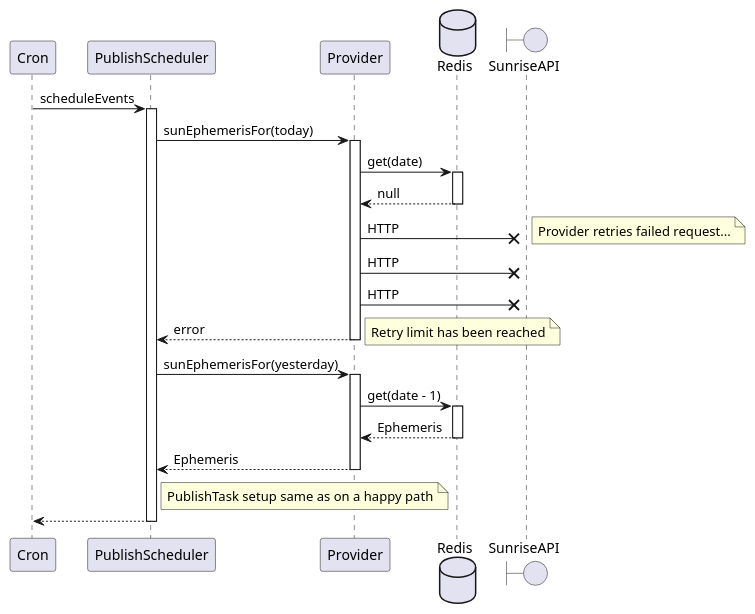
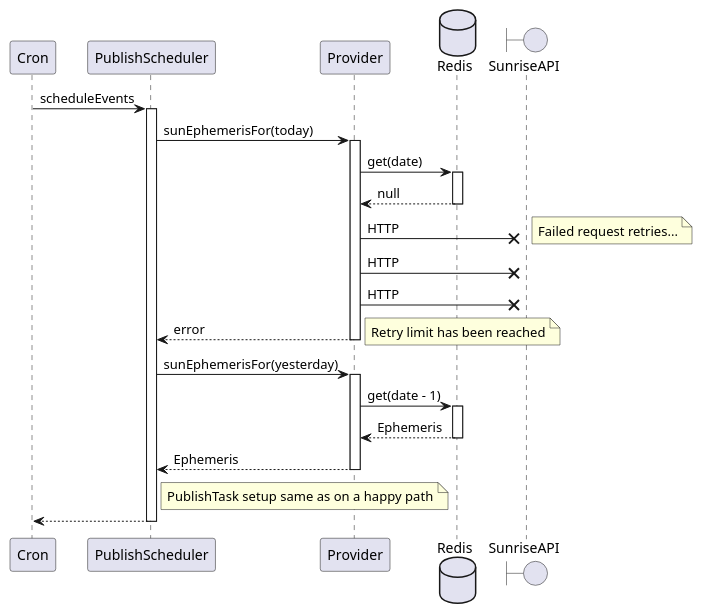
Before and after one commit to mwierzchowski/sun-ephemeris: the diagram in etc/seq-alternate.puml, drawn with PlantUML.

```diff
--- a/etc/seq-alternate.puml
+++ b/etc/seq-alternate.puml
@@ -1,35 +1,35 @@
 @startuml
 
 Cron -> PublishScheduler : scheduleEvents
 activate PublishScheduler
 PublishScheduler -> Provider : sunEphemerisFor(today)
 activate Provider
 database Redis
 Provider -> Redis : get(date)
 activate Redis
 Provider <-- Redis : null
 deactivate Redis
 boundary SunriseAPI
 Provider ->x SunriseAPI : HTTP
-note right: Provider retries failed request...
+note right: Failed request retries...
 Provider ->x SunriseAPI : HTTP
 Provider ->x SunriseAPI : HTTP
 PublishScheduler <-- Provider : error
 note right: Retry limit has been reached
 deactivate Provider
 
 PublishScheduler -> Provider : sunEphemerisFor(yesterday)
 activate Provider
 Provider -> Redis : get(date - 1)
 activate Redis
 Provider <-- Redis : Ephemeris
 deactivate Redis
 PublishScheduler <-- Provider : Ephemeris
 deactivate Provider
 
 note right of PublishScheduler: PublishTask setup same as on a happy path
 
 Cron <-- PublishScheduler
 deactivate PublishScheduler
 
 @enduml
```
